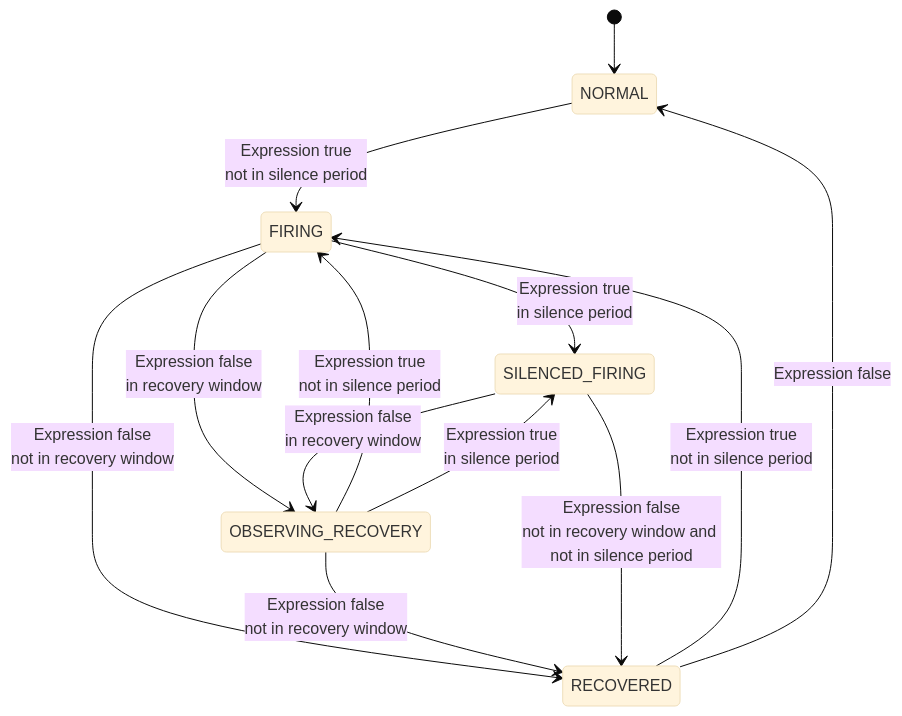
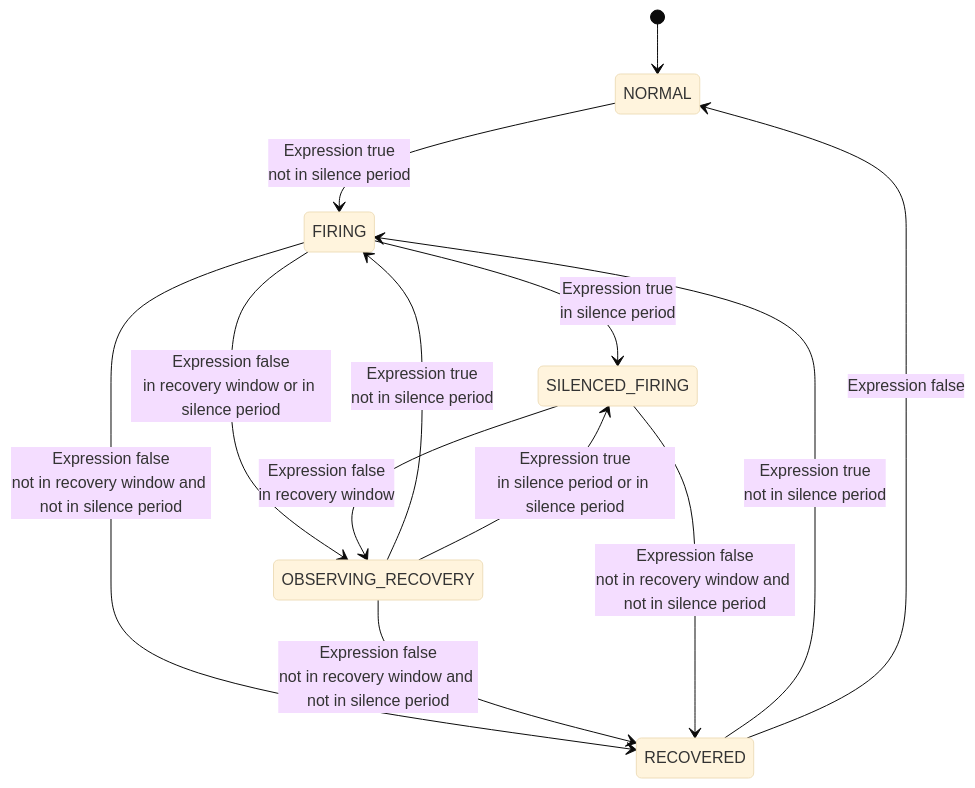
One commit to apache/skywalking changed the diagram in docs/en/setup/backend/backend-alarm.md. Above: the diagram before and after it, drawn with Mermaid (base theme). The commit also changed 1 other file, not shown here.

````diff
--- a/docs/en/setup/backend/backend-alarm.md
+++ b/docs/en/setup/backend/backend-alarm.md
@@ -522,19 +522,19 @@
 ```mermaid
 stateDiagram-v2
     [*] --> NORMAL
     NORMAL --> FIRING: Expression true<br/>not in silence period
     
     FIRING --> SILENCED_FIRING: Expression true<br/>in silence period
-    FIRING --> OBSERVING_RECOVERY: Expression false<br/>in recovery window
-    FIRING --> RECOVERED: Expression false<br/>not in recovery window
+    FIRING --> OBSERVING_RECOVERY: Expression false<br/>in recovery window or in silence period
+    FIRING --> RECOVERED: Expression false<br/>not in recovery window and not in silence period
   
     OBSERVING_RECOVERY --> FIRING: Expression true<br/>not in silence period
-    OBSERVING_RECOVERY --> SILENCED_FIRING: Expression true<br/>in silence period
-    OBSERVING_RECOVERY --> RECOVERED: Expression false<br/>not in recovery window
+    OBSERVING_RECOVERY --> SILENCED_FIRING: Expression true<br/>in silence period or in silence period
+    OBSERVING_RECOVERY --> RECOVERED: Expression false<br/>not in recovery window and not in silence period
 
     SILENCED_FIRING --> RECOVERED: Expression false<br/>not in recovery window and not in silence period
     SILENCED_FIRING --> OBSERVING_RECOVERY: Expression false<br/>in recovery window
 
     RECOVERED --> FIRING: Expression true<br/>not in silence period
     RECOVERED --> NORMAL: Expression false
 ```
````
